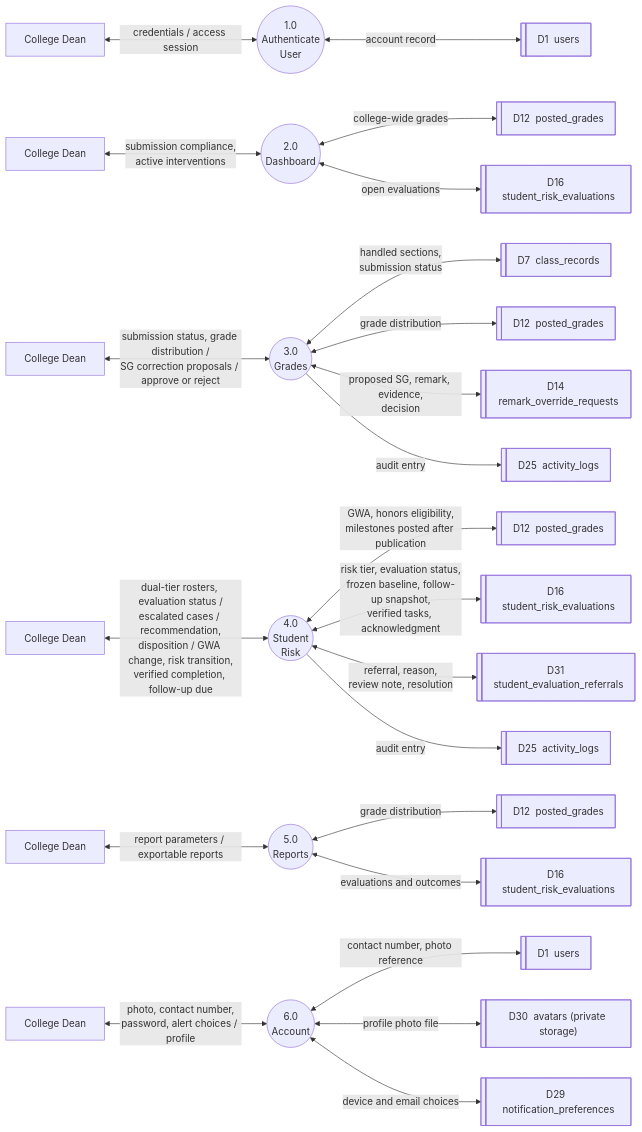
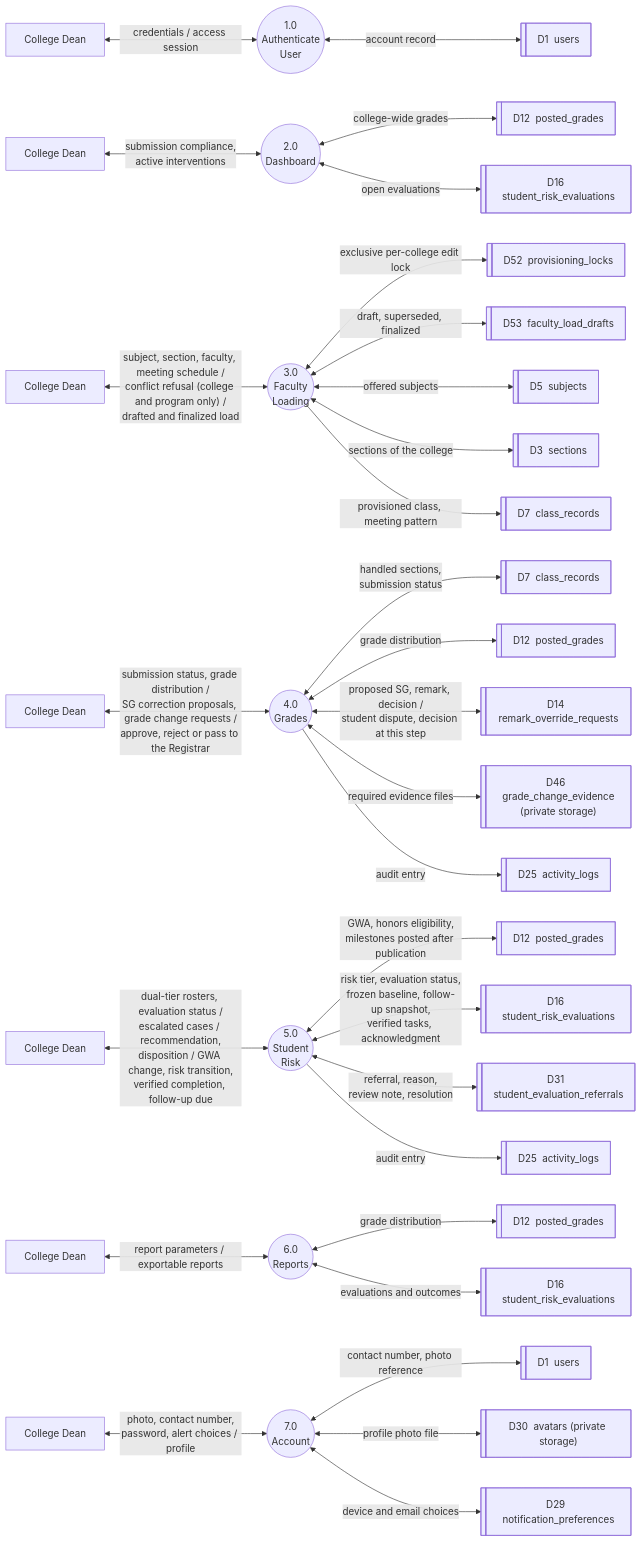
The diagram in docs/02-thesis/figures/Figure-2.10-DFD-Dean.mmd (kurarensu16/sage), drawn with Mermaid before and after one commit. The commit also changed 268 other files, not shown here.

First line of the commit message:
feat: QA pass A fixes, intervention evidence, and Dean acknowledgement of overrides

```diff
--- a/docs/02-thesis/figures/Figure-2.10-DFD-Dean.mmd
+++ b/docs/02-thesis/figures/Figure-2.10-DFD-Dean.mmd
@@ -1,40 +1,56 @@
 flowchart LR
 %% ===== Figure 2.10 — Level 1 DFD: Dean Portal (consolidated to module-level processes, 2026-10-14) =====
 %% Each process now corresponds 1:1 with a module in Figure 2.12 (VTOC) and the Scope and Delimitation.
 %% Decide Grade Corrections broadens into 3.0 Grades (adds submission-status and distribution reads).
 %% Risk and Honors Overview / Resolve Escalated Cases / Intervention Results merge into 4.0 Student Risk.
+%% Updated 2026-10-30:
+%%   + 3.0 Faculty Loading. The Dean loads faculty for their OWN college through the same workspace
+%%     the Registrar uses. Schedule conflicts are checked institution-wide, but a clash in another
+%%     college discloses only that college and program -- never its subject, section or faculty.
+%%   + 4.0 Grades now also decides the grade change request chain: within the dispute window the
+%%     Dean's approval authorizes the correction, and once the window has closed the request passes
+%%     to the Registrar instead.
 %% Layout: External entity (left) -> Process (middle) -> Data stores (right)
 
   %% ---------- 1.0 ----------
   C1["College Dean"] <-- "credentials / access session" --> P1(("1.0<br/>Authenticate<br/>User"))
   P1 <-- "account record" --> D1@{ shape: lin-rect, label: "D1&nbsp; users" }
 
   %% ---------- 2.0 ----------
   C2["College Dean"] <-- "submission compliance,<br/>active interventions" --> P2(("2.0<br/>Dashboard"))
   P2 <-- "college-wide grades" --> D12b@{ shape: lin-rect, label: "D12&nbsp; posted_grades" }
   P2 <-- "open evaluations" --> D16b@{ shape: lin-rect, label: "D16&nbsp; student_risk_evaluations" }
 
   %% ---------- 3.0 ----------
-  C3["College Dean"] <-- "submission status, grade distribution /<br/>SG correction proposals / approve or reject" --> P3(("3.0<br/>Grades"))
+  CL["College Dean"] <-- "subject, section, faculty, meeting schedule /<br/>conflict refusal (college and program only) /<br/>drafted and finalized load" --> PL(("3.0<br/>Faculty<br/>Loading"))
+  PL <-- "exclusive per-college edit lock" --> D52l@{ shape: lin-rect, label: "D52&nbsp; provisioning_locks" }
+  PL <-- "draft, superseded, finalized" --> D53l@{ shape: lin-rect, label: "D53&nbsp; faculty_load_drafts" }
+  PL <-- "offered subjects" --> D5l@{ shape: lin-rect, label: "D5&nbsp; subjects" }
+  PL <-- "sections of the college" --> D3l@{ shape: lin-rect, label: "D3&nbsp; sections" }
+  PL -- "provisioned class, meeting pattern" --> D7l@{ shape: lin-rect, label: "D7&nbsp; class_records" }
+
+  %% ---------- 4.0 ----------
+  C3["College Dean"] <-- "submission status, grade distribution /<br/>SG correction proposals, grade change requests /<br/>approve, reject or pass to the Registrar" --> P3(("4.0<br/>Grades"))
   P3 <-- "handled sections,<br/>submission status" --> D7c@{ shape: lin-rect, label: "D7&nbsp; class_records" }
   P3 <-- "grade distribution" --> D12c@{ shape: lin-rect, label: "D12&nbsp; posted_grades" }
-  P3 <-- "proposed SG, remark, evidence,<br/>decision" --> D14c@{ shape: lin-rect, label: "D14&nbsp; remark_override_requests" }
+  P3 <-- "proposed SG, remark, decision /<br/>student dispute, decision at this step" --> D14c@{ shape: lin-rect, label: "D14&nbsp; remark_override_requests" }
+  P3 <-- "required evidence files" --> D46c@{ shape: lin-rect, label: "D46&nbsp; grade_change_evidence<br/>(private storage)" }
   P3 -- "audit entry" --> D25c@{ shape: lin-rect, label: "D25&nbsp; activity_logs" }
 
-  %% ---------- 4.0 ----------
-  C4["College Dean"] <-- "dual-tier rosters, evaluation status /<br/>escalated cases / recommendation,<br/>disposition / GWA change, risk transition,<br/>verified completion, follow-up due" --> P4(("4.0<br/>Student<br/>Risk"))
+  %% ---------- 5.0 ----------
+  C4["College Dean"] <-- "dual-tier rosters, evaluation status /<br/>escalated cases / recommendation,<br/>disposition / GWA change, risk transition,<br/>verified completion, follow-up due" --> P4(("5.0<br/>Student<br/>Risk"))
   P4 <-- "GWA, honors eligibility,<br/>milestones posted after publication" --> D12d@{ shape: lin-rect, label: "D12&nbsp; posted_grades" }
   P4 <-- "risk tier, evaluation status,<br/>frozen baseline, follow-up snapshot,<br/>verified tasks, acknowledgment" --> D16d@{ shape: lin-rect, label: "D16&nbsp; student_risk_evaluations" }
   P4 <-- "referral, reason,<br/>review note, resolution" --> D31d@{ shape: lin-rect, label: "D31&nbsp; student_evaluation_referrals" }
   P4 -- "audit entry" --> D25d@{ shape: lin-rect, label: "D25&nbsp; activity_logs" }
 
-  %% ---------- 5.0 ----------
-  C5["College Dean"] <-- "report parameters / exportable reports" --> P5(("5.0<br/>Reports"))
+  %% ---------- 6.0 ----------
+  C5["College Dean"] <-- "report parameters / exportable reports" --> P5(("6.0<br/>Reports"))
   P5 <-- "grade distribution" --> D12e@{ shape: lin-rect, label: "D12&nbsp; posted_grades" }
   P5 <-- "evaluations and outcomes" --> D16e@{ shape: lin-rect, label: "D16&nbsp; student_risk_evaluations" }
 
-  %% ---------- 6.0 ----------
-  C6["College Dean"] <-- "photo, contact number,<br/>password, alert choices / profile" --> P6(("6.0<br/>Account"))
+  %% ---------- 7.0 ----------
+  C6["College Dean"] <-- "photo, contact number,<br/>password, alert choices / profile" --> P6(("7.0<br/>Account"))
   P6 <-- "contact number, photo reference" --> D1f@{ shape: lin-rect, label: "D1&nbsp; users" }
   P6 <-- "profile photo file" --> D30f@{ shape: lin-rect, label: "D30&nbsp; avatars (private storage)" }
   P6 <-- "device and email choices" --> D29f@{ shape: lin-rect, label: "D29&nbsp; notification_preferences" }
```
